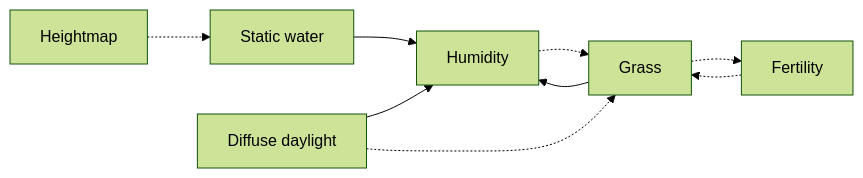
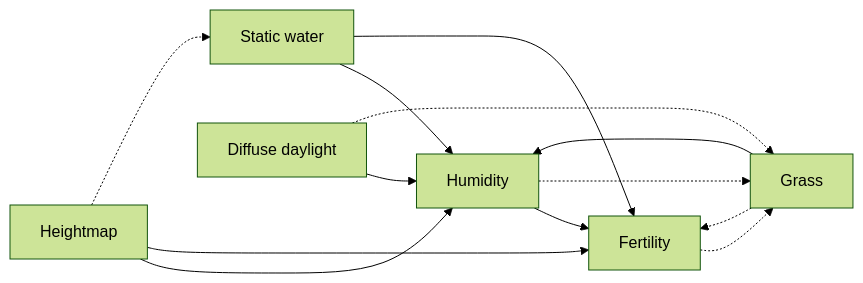
One commit to marianoalda/conscious changed the diagram in doc/layers/README.md. Above: the diagram before and after it, drawn with Mermaid (forest theme). The commit also changed other lines of this file and 15 other files, not shown here.

First line of the commit message:
Let humidity follow a capillary head and drag half of fertility with that flux; grass still does not grow or die.

````diff
--- a/doc/layers/README.md
+++ b/doc/layers/README.md
@@ -41,18 +41,22 @@
 ```mermaid
 flowchart LR
   water[Static water]
   light[Diffuse daylight]
   humidity[Humidity]
   fertility[Fertility]
   grass[Grass]
   height[Heightmap]
 
-  height -.-> water
+  height --> humidity
   water --> humidity
   light --> humidity
   grass --> humidity
+  height --> fertility
+  water --> fertility
+  humidity --> fertility
+  grass -.-> fertility
   humidity -.-> grass
   light -.-> grass
   fertility -.-> grass
-  grass -.-> fertility
+  height -.-> water
 ```
````
